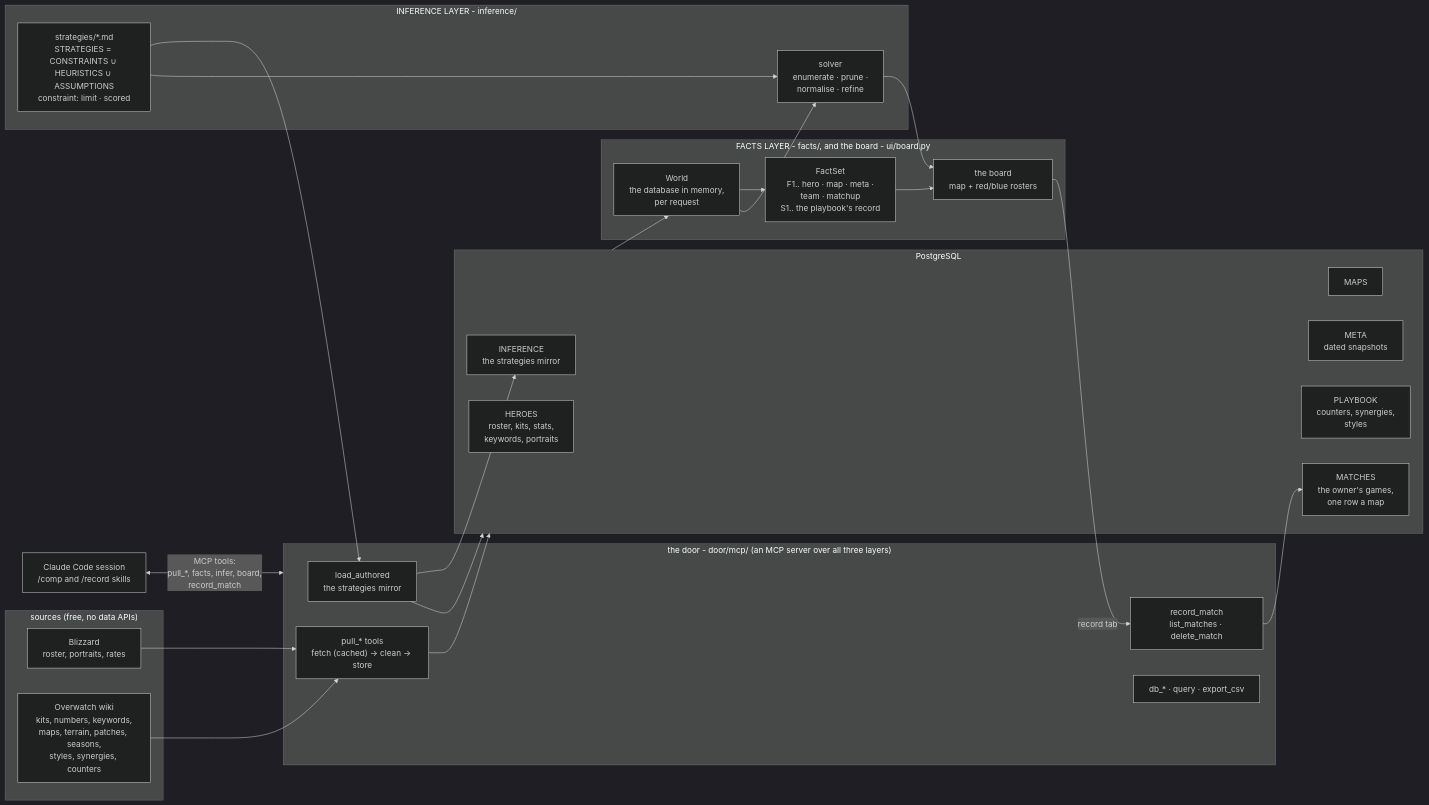
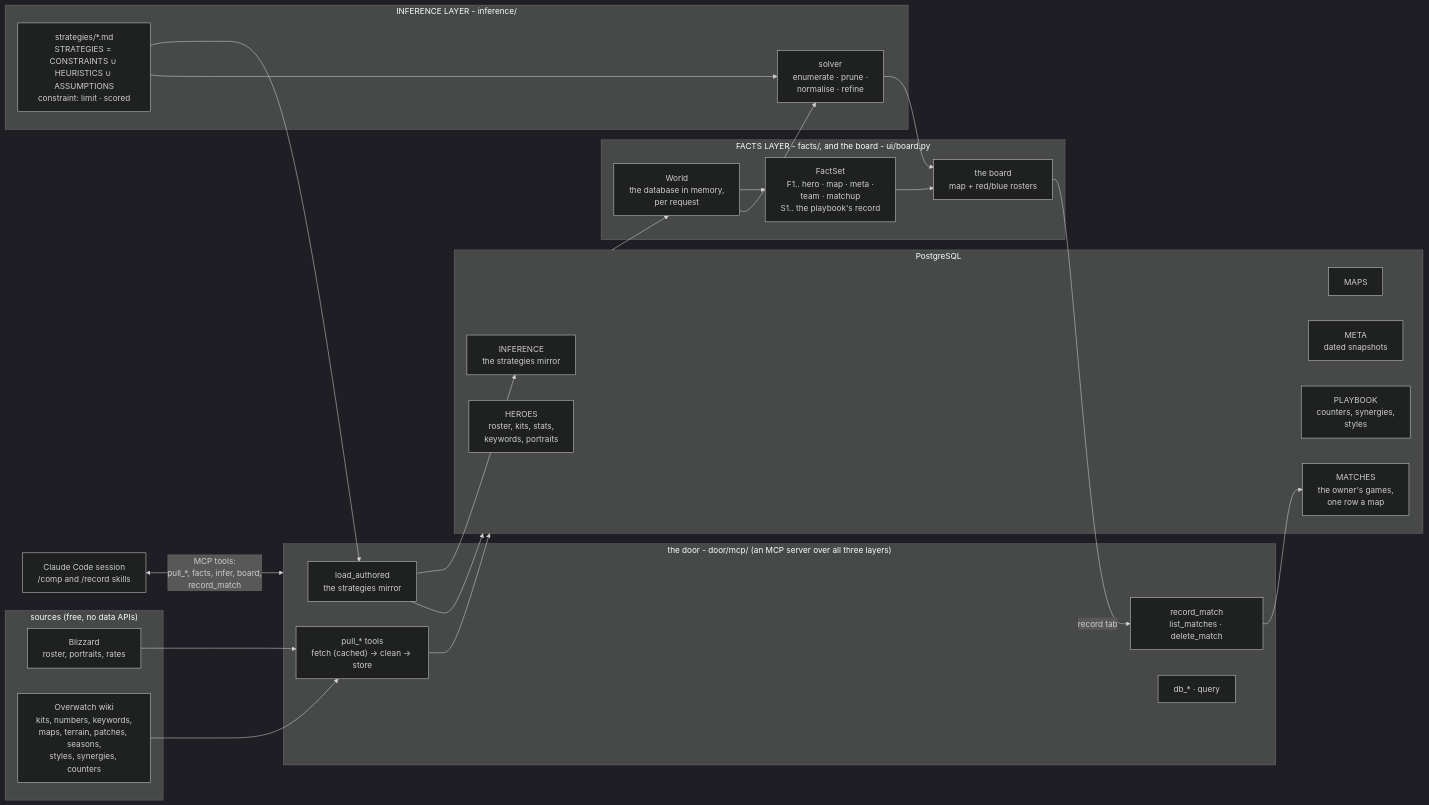
The first of 2 diagrams in docs/architecture.md (mmikol/countrix), drawn with Mermaid (dark theme) before and after one commit. The commit also changed other lines of this file and 98 other files, not shown here.

````diff
--- a/docs/architecture.md
+++ b/docs/architecture.md
@@ -59,46 +59,46 @@
 ```mermaid
 flowchart LR
     subgraph SOURCES["sources (free, no data APIs)"]
         BLZ["Blizzard<br/>roster, portraits, rates"]
         WIKI["Overwatch wiki<br/>kits, numbers, keywords,<br/>maps, terrain, patches, seasons,<br/>styles, synergies, counters"]
     end
 
     subgraph DATA["the door - door/mcp/ (an MCP server over all three layers)"]
         PULL["pull_* tools<br/>fetch (cached) -> clean -> store"]
         PLAY["load_authored<br/>the strategies mirror"]
         REC["record_match<br/>list_matches · delete_match"]
-        DBT["db_* · query · export_csv"]
+        DBT["db_* · query"]
     end
 
     subgraph PG["PostgreSQL"]
         HEROES["HEROES<br/>roster, kits, stats,<br/>keywords, portraits"]
         MAPS["MAPS"]
         META["META<br/>dated snapshots"]
         PLAYBOOK["PLAYBOOK<br/>counters, synergies,<br/>styles"]
         INF["INFERENCE<br/>the strategies mirror"]
         MATCHES["MATCHES<br/>the owner's games,<br/>one row a map"]
     end
 
     subgraph USER["FACTS LAYER - facts/, and the board - ui/board.py"]
         WORLD["World<br/>the database in memory,<br/>per request"]
         FACTS["FactSet<br/>F1.. hero · map · meta ·<br/>team · matchup<br/>S1.. the playbook's record"]
         BOARD["the board<br/>map + red/blue rosters"]
     end
 
     subgraph INFER["INFERENCE LAYER - inference/"]
         HEUR["strategies/*.md<br/>STRATEGIES = CONSTRAINTS ∪ HEURISTICS ∪ ASSUMPTIONS<br/>constraint: limit · scored"]
         SOLVER["solver<br/>enumerate · prune ·<br/>normalise · refine"]
     end
 
     BLZ & WIKI --> PULL
     HEUR --> PLAY
     PLAY --> INF
     PULL & PLAY --> PG
     REC --> MATCHES
     BOARD -->|"record tab"| REC
     PG --> WORLD --> FACTS --> BOARD
     WORLD --> SOLVER
     HEUR --> SOLVER
     SOLVER --> BOARD
     CHAT["Claude Code session<br/>/comp and /record skills"] <-->|"MCP tools:<br/>pull_*, facts, infer, board,<br/>record_match"| DATA
 ```
````
